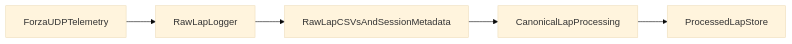
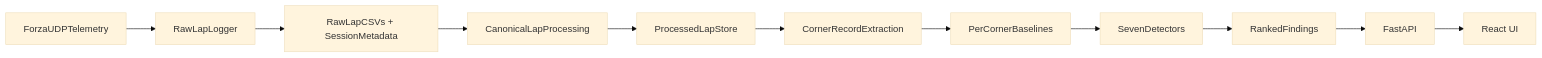
The diagram in README.md (KavEn06/SlipStream), drawn with Mermaid (base theme) before and after one commit. The commit also changed other lines of this file and 4 other files, not shown here.

````diff
--- a/README.md
+++ b/README.md
@@ -22,7 +13,13 @@
 ```mermaid
 flowchart LR
 forzaUdp[ForzaUDPTelemetry] --> rawLogger[RawLapLogger]
-rawLogger --> rawStore[RawLapCSVsAndSessionMetadata]
+rawLogger --> rawStore[RawLapCSVs + SessionMetadata]
 rawStore --> canonicalBuilder[CanonicalLapProcessing]
 canonicalBuilder --> processedStore[ProcessedLapStore]
+processedStore --> cornerRecords[CornerRecordExtraction]
+cornerRecords --> baselines[PerCornerBaselines]
+baselines --> detectors[SevenDetectors]
+detectors --> findings[RankedFindings]
+findings --> api[FastAPI]
+api --> frontend[React UI]
 ```
````
